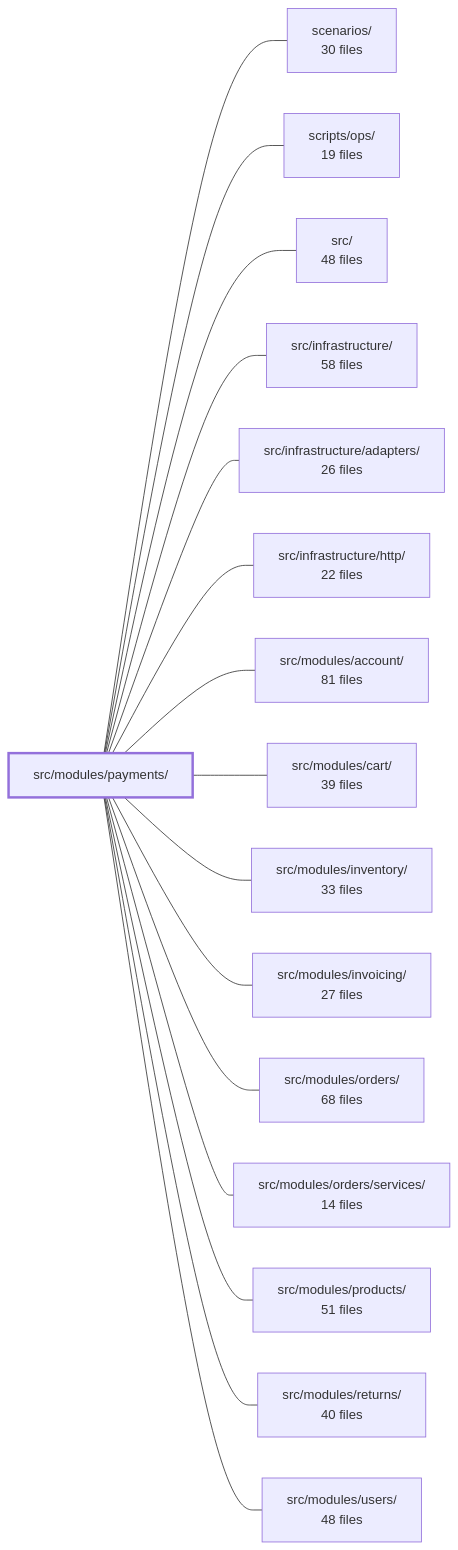
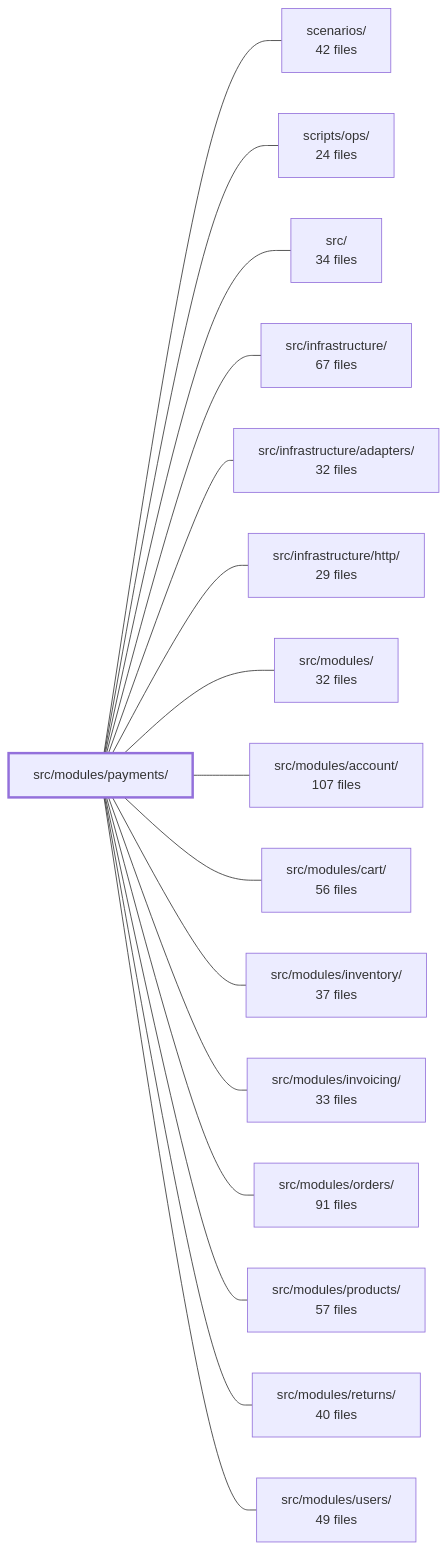
Before and after one commit to Guebbit/boilerplate-node-backend: the diagram in .2brain/modules/boilerplate-node-backend_src_modules_payments.md, drawn with Mermaid. The commit also changed other lines of this file and 106 other files, not shown here.

````diff
--- a/.2brain/modules/boilerplate-node-backend_src_modules_payments.md
+++ b/.2brain/modules/boilerplate-node-backend_src_modules_payments.md
@@ -43,35 +44,35 @@
 ```mermaid
 flowchart LR
     m_src_modules_payments["src/modules/payments/"]
-    m_scenarios["scenarios/<br/>30 files"]
-    m_scripts_ops["scripts/ops/<br/>19 files"]
-    m_src["src/<br/>48 files"]
-    m_src_infrastructure["src/infrastructure/<br/>58 files"]
-    m_src_infrastructure_adapters["src/infrastructure/adapters/<br/>26 files"]
-    m_src_infrastructure_http["src/infrastructure/http/<br/>22 files"]
-    m_src_modules_account["src/modules/account/<br/>81 files"]
-    m_src_modules_cart["src/modules/cart/<br/>39 files"]
-    m_src_modules_inventory["src/modules/inventory/<br/>33 files"]
-    m_src_modules_invoicing["src/modules/invoicing/<br/>27 files"]
-    m_src_modules_orders["src/modules/orders/<br/>68 files"]
-    m_src_modules_orders_services["src/modules/orders/services/<br/>14 files"]
-    m_src_modules_products["src/modules/products/<br/>51 files"]
+    m_scenarios["scenarios/<br/>42 files"]
+    m_scripts_ops["scripts/ops/<br/>24 files"]
+    m_src["src/<br/>34 files"]
+    m_src_infrastructure["src/infrastructure/<br/>67 files"]
+    m_src_infrastructure_adapters["src/infrastructure/adapters/<br/>32 files"]
+    m_src_infrastructure_http["src/infrastructure/http/<br/>29 files"]
+    m_src_modules["src/modules/<br/>32 files"]
+    m_src_modules_account["src/modules/account/<br/>107 files"]
+    m_src_modules_cart["src/modules/cart/<br/>56 files"]
+    m_src_modules_inventory["src/modules/inventory/<br/>37 files"]
+    m_src_modules_invoicing["src/modules/invoicing/<br/>33 files"]
+    m_src_modules_orders["src/modules/orders/<br/>91 files"]
+    m_src_modules_products["src/modules/products/<br/>57 files"]
     m_src_modules_returns["src/modules/returns/<br/>40 files"]
-    m_src_modules_users["src/modules/users/<br/>48 files"]
+    m_src_modules_users["src/modules/users/<br/>49 files"]
     m_src_modules_payments --- m_scenarios
     m_src_modules_payments --- m_scripts_ops
     m_src_modules_payments --- m_src
     m_src_modules_payments --- m_src_infrastructure
     m_src_modules_payments --- m_src_infrastructure_adapters
     m_src_modules_payments --- m_src_infrastructure_http
+    m_src_modules_payments --- m_src_modules
     m_src_modules_payments --- m_src_modules_account
     m_src_modules_payments --- m_src_modules_cart
     m_src_modules_payments --- m_src_modules_inventory
     m_src_modules_payments --- m_src_modules_invoicing
     m_src_modules_payments --- m_src_modules_orders
-    m_src_modules_payments --- m_src_modules_orders_services
     m_src_modules_payments --- m_src_modules_products
     m_src_modules_payments --- m_src_modules_returns
     m_src_modules_payments --- m_src_modules_users
     style m_src_modules_payments stroke-width:3px
 ```
````
